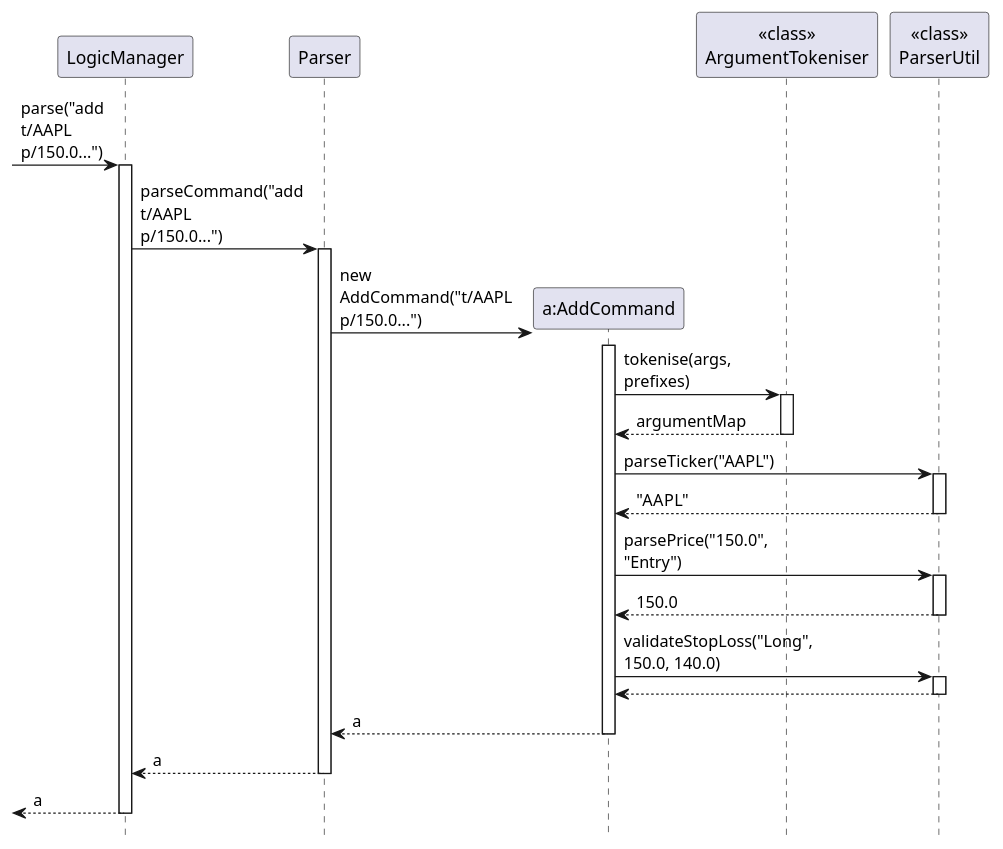
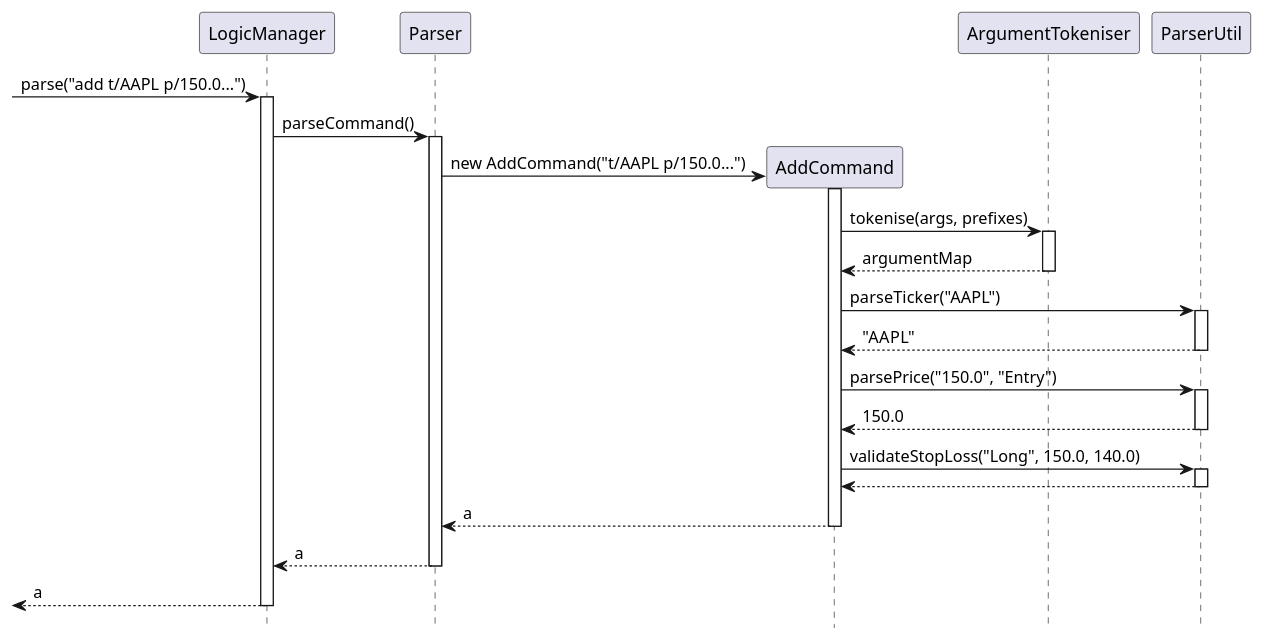
The diagram in docs/diagrams/parser-sequence.puml (AY2526S2-CS2113-T11-2/tp), drawn with PlantUML before and after one commit. The commit also changed 8 other files, not shown here.

Commit message:
Fix parser component SD incorrect notation & add sequence diagrams for AddCommand, DeleteCommand and SummaryCommand

```diff
--- a/docs/diagrams/parser-sequence.puml
+++ b/docs/diagrams/parser-sequence.puml
@@ -1,49 +1,48 @@
 @startuml
 hide footbox
-skinparam maxMessageSize 100
 
-participant "LogicManager" as LogicManager
-participant "Parser" as Parser
-participant "a:AddCommand" as AddCommand
-participant "<<class>>\nArgumentTokeniser" as ArgumentTokeniser
-participant "<<class>>\nParserUtil" as ParserUtil
+participant LogicManager
+participant Parser
+participant AddCommand
+participant ArgumentTokeniser
+participant ParserUtil
 
 -> LogicManager : parse("add t/AAPL p/150.0...")
 activate LogicManager
 
-LogicManager -> Parser : parseCommand("add t/AAPL p/150.0...")
+LogicManager -> Parser : parseCommand()
 activate Parser
 
 create AddCommand
 Parser -> AddCommand : new AddCommand("t/AAPL p/150.0...")
 activate AddCommand
 
 AddCommand -> ArgumentTokeniser : tokenise(args, prefixes)
 activate ArgumentTokeniser
 ArgumentTokeniser --> AddCommand : argumentMap
 deactivate ArgumentTokeniser
 
 AddCommand -> ParserUtil : parseTicker("AAPL")
 activate ParserUtil
 ParserUtil --> AddCommand : "AAPL"
 deactivate ParserUtil
 
 AddCommand -> ParserUtil : parsePrice("150.0", "Entry")
 activate ParserUtil
 ParserUtil --> AddCommand : 150.0
 deactivate ParserUtil
 
 AddCommand -> ParserUtil : validateStopLoss("Long", 150.0, 140.0)
 activate ParserUtil
 ParserUtil --> AddCommand
 deactivate ParserUtil
 
 AddCommand --> Parser : a
 deactivate AddCommand
 
 Parser --> LogicManager : a
 deactivate Parser
 
 <-- LogicManager : a
 deactivate LogicManager
 @enduml
```
